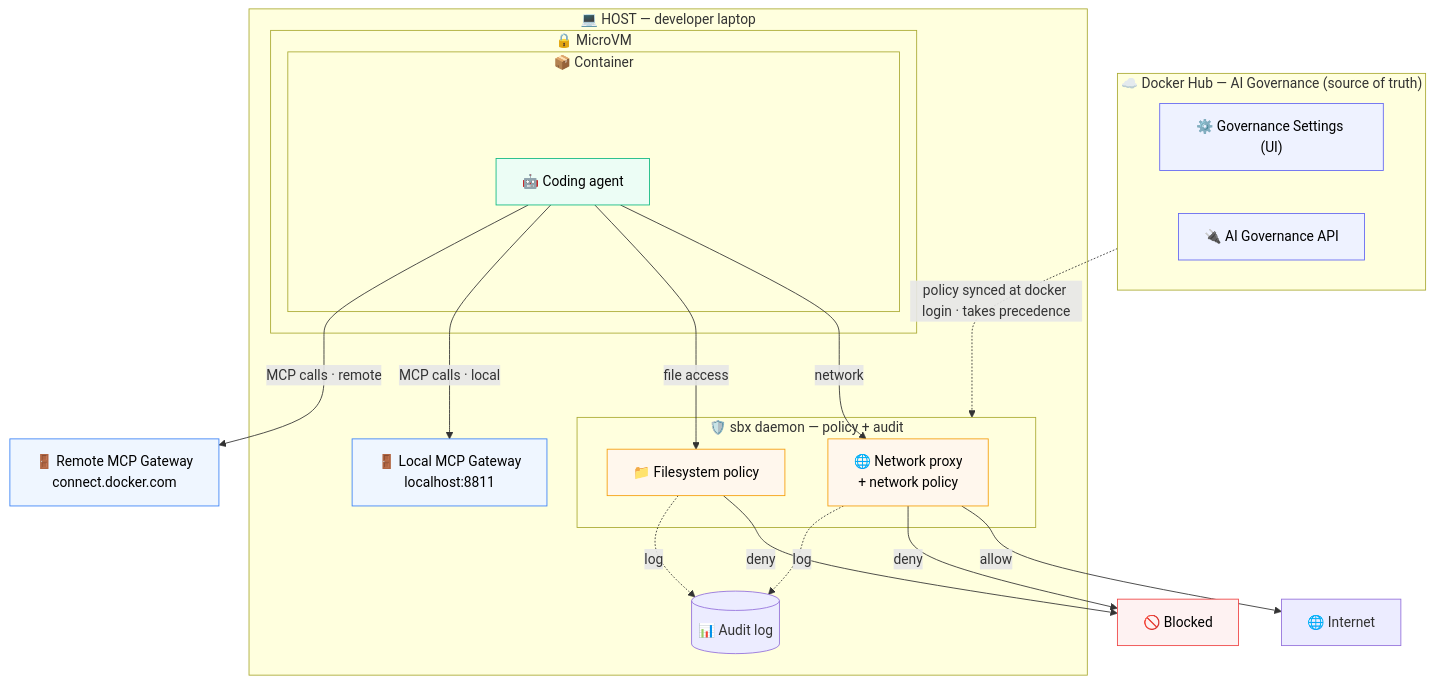
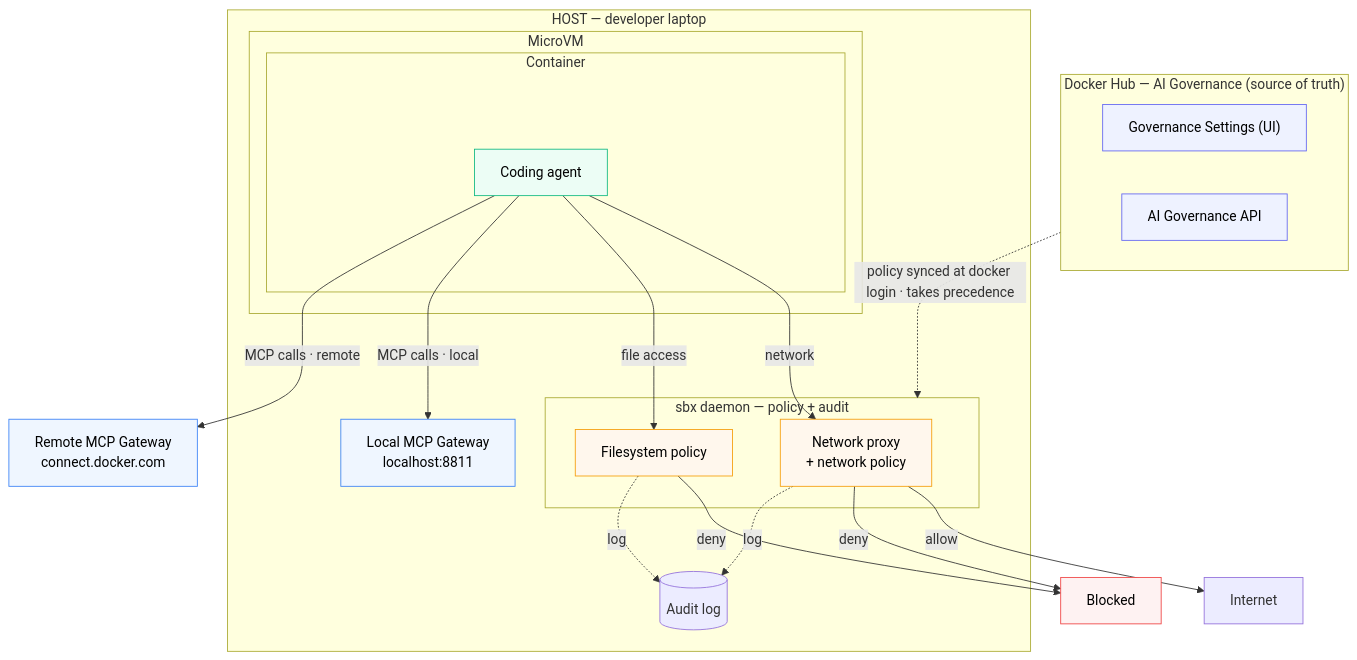
The diagram in labspace/06-mcp-hands-on.md (ajeetraina/labspace-ai-governance), drawn with Mermaid before and after one commit. The commit also changed 1 other file, not shown here.

Commit message:
Remove emoji from architecture diagrams (rendered as tofu boxes)
The emoji glyphs rendered as missing-glyph boxes in the Mermaid output,
cluttering every label ("box conflicting with text"). Strip them from all
diagram nodes/subgraphs; keep prose, arrows (⇒ → …), and colors. Verified the
emoji-free render is clean with no overlap.

````diff
--- a/labspace/06-mcp-hands-on.md
+++ b/labspace/06-mcp-hands-on.md
@@ -24,51 +24,51 @@
 ```mermaid
 flowchart TB
-    subgraph HUB["☁️ Docker Hub — AI Governance (source of truth)"]
-        SETTINGS["⚙️ Governance Settings (UI)"]
-        API["🔌 AI Governance API"]
+    subgraph HUB["Docker Hub — AI Governance (source of truth)"]
+        SETTINGS["Governance Settings (UI)"]
+        API["AI Governance API"]
     end
 
-    subgraph HOST["💻 HOST — developer laptop"]
-        subgraph VM["🔒 MicroVM"]
-            subgraph CON["📦 Container"]
-                AGENT["🤖 Coding agent"]
+    subgraph HOST["HOST — developer laptop"]
+        subgraph VM["MicroVM"]
+            subgraph CON["Container"]
+                AGENT["Coding agent"]
             end
         end
 
-        subgraph DAEMON["🛡️ sbx daemon — policy + audit"]
-            NET["🌐 Network proxy<br/>+ network policy"]
-            FS["📁 Filesystem policy"]
+        subgraph DAEMON["sbx daemon — policy + audit"]
+            NET["Network proxy<br/>+ network policy"]
+            FS["Filesystem policy"]
         end
 
-        LOCALGW["🚪 Local MCP Gateway<br/>localhost:8811"]
-        AUDIT[("📊 Audit log")]
+        LOCALGW["Local MCP Gateway<br/>localhost:8811"]
+        AUDIT[("Audit log")]
     end
 
-    REMOTEGW["🚪 Remote MCP Gateway<br/>connect.docker.com"]
-    INTERNET["🌐 Internet"]
-    BLOCK["🚫 Blocked"]
+    REMOTEGW["Remote MCP Gateway<br/>connect.docker.com"]
+    INTERNET["Internet"]
+    BLOCK["Blocked"]
 
     HUB -. "policy synced at docker login · takes precedence" .-> DAEMON
 
     AGENT -- "network" --> NET
     AGENT -- "file access" --> FS
     AGENT -- "MCP calls · local" --> LOCALGW
     AGENT -- "MCP calls · remote" --> REMOTEGW
 
     NET -- "allow" --> INTERNET
     NET -- "deny" --> BLOCK
     FS -- "deny" --> BLOCK
     NET -. log .-> AUDIT
     FS -. log .-> AUDIT
 
     classDef hub fill:#eef2ff,stroke:#6366f1,color:#000
     classDef vm fill:#ecfdf5,stroke:#10b981,color:#000
     classDef pol fill:#fff7ed,stroke:#f59e0b,color:#000
     classDef gw fill:#eff6ff,stroke:#3b82f6,color:#000
     classDef deny fill:#fef2f2,stroke:#ef4444,color:#000
     class SETTINGS,API hub
     class AGENT vm
     class NET,FS pol
     class LOCALGW,REMOTEGW gw
     class BLOCK deny
 ```
````
